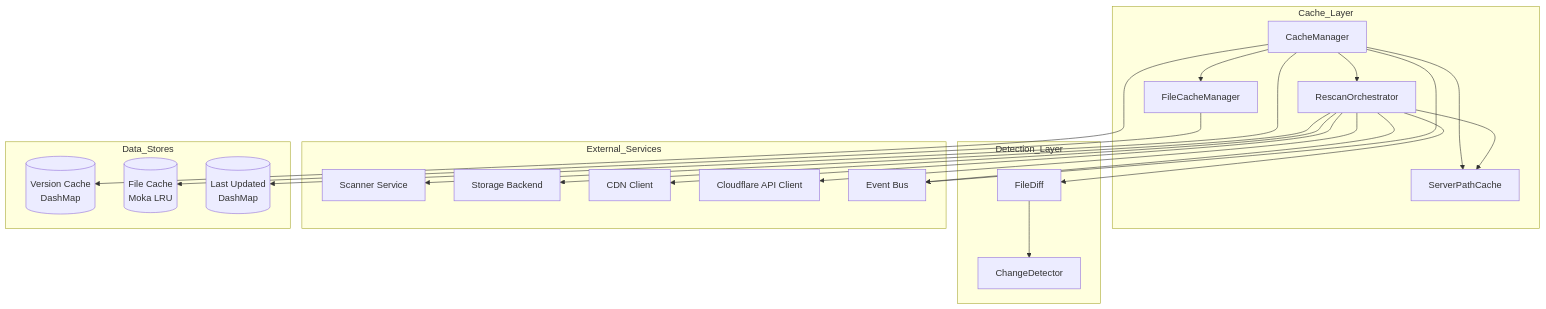
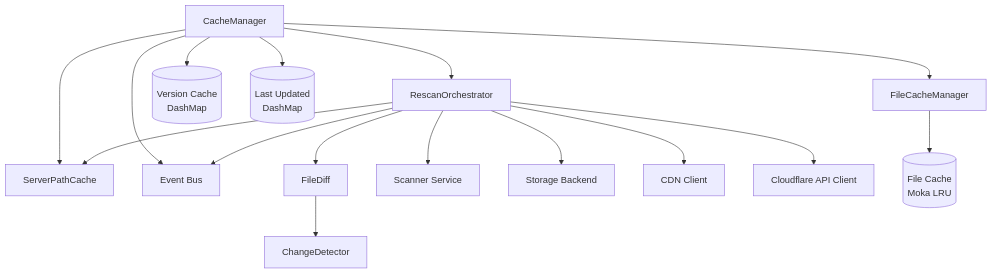
The first of 3 diagrams in crates/cache/docs/architecture.md (Lighty-Launcher/LightyUpdater), drawn with Mermaid before and after one commit. The commit also changed 33 other files, not shown here.

Commit message:
improve docs with mermaid implémentation for gitbook

````diff
--- a/crates/cache/docs/architecture.md
+++ b/crates/cache/docs/architecture.md
@@ -9,48 +9,21 @@
 ```mermaid
-graph TB
-    subgraph Cache_Layer
-        CM[CacheManager]
-        FCM[FileCacheManager]
-        RO[RescanOrchestrator]
-        SPC[ServerPathCache]
-    end
+flowchart TB
+    CM[CacheManager] --> FCM[FileCacheManager]
+    CM --> RO[RescanOrchestrator]
+    CM --> SPC[ServerPathCache]
+    CM --> VCache[(Version Cache<br/>DashMap)]
+    CM --> LastUpdate[(Last Updated<br/>DashMap)]
+    CM --> Events[Event Bus]
 
-    subgraph Detection_Layer
-        FD[FileDiff]
-        CD[ChangeDetector]
-    end
-
-    subgraph External_Services
-        Scanner[Scanner Service]
-        Storage[Storage Backend]
-        CDN[CDN Client]
-        CF[Cloudflare API Client]
-        Events[Event Bus]
-    end
-
-    subgraph Data_Stores
-        VCache[(Version Cache<br/>DashMap)]
-        FCache[(File Cache<br/>Moka LRU)]
-        LastUpdate[(Last Updated<br/>DashMap)]
-    end
-
-    CM --> FCM
-    CM --> RO
-    CM --> SPC
-    CM --> VCache
-    CM --> LastUpdate
-
-    RO --> FD
-    RO --> Scanner
-    RO --> Storage
-    RO --> CDN
-    RO --> CF
+    RO --> FD[FileDiff]
+    RO --> Scanner[Scanner Service]
+    RO --> Storage[Storage Backend]
+    RO --> CDN[CDN Client]
+    RO --> CF[Cloudflare API Client]
     RO --> Events
     RO --> SPC
 
-    FCM --> FCache
+    FCM --> FCache[(File Cache<br/>Moka LRU)]
 
-    FD --> CD
-
-    CM --> Events
+    FD --> CD[ChangeDetector]
 ```
````
